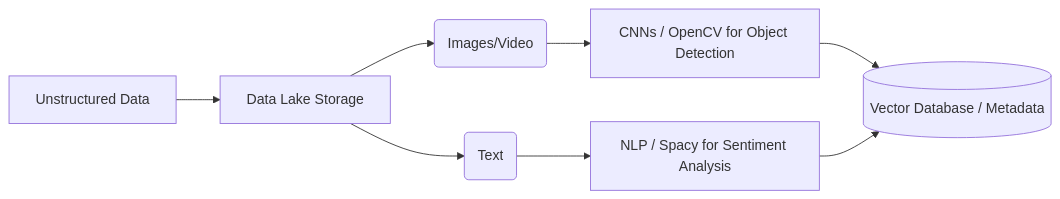
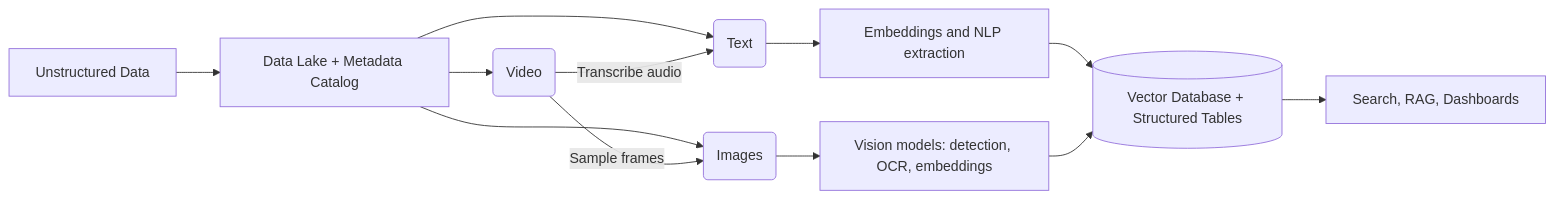
Before and after one commit to Web3Dev300/ai-journey: the ninth of 20 diagrams in 04_data_science/DATA_SCIENCE_ANSWERS.md, drawn with Mermaid. The commit also changed other lines of this file and 10 other files, not shown here.

````diff
--- a/04_data_science/DATA_SCIENCE_ANSWERS.md
+++ b/04_data_science/DATA_SCIENCE_ANSWERS.md
@@ -456,10 +674,14 @@
 ```mermaid
 flowchart LR
-    A[Unstructured Data] --> B[Data Lake Storage]
-    B --> C(Images/Video)
-    B --> D(Text)
-    C --> E[CNNs / OpenCV for Object Detection]
-    D --> F[NLP / Spacy for Sentiment Analysis]
-    E --> G[(Vector Database / Metadata)]
-    F --> G
+    A[Unstructured Data] --> B[Data Lake + Metadata Catalog]
+    B --> C(Text)
+    B --> D(Images)
+    B --> E(Video)
+    E -->|Sample frames| D
+    E -->|Transcribe audio| C
+    C --> F[Embeddings and NLP extraction]
+    D --> G["Vision models: detection, OCR, embeddings"]
+    F --> H[(Vector Database + Structured Tables)]
+    G --> H
+    H --> I[Search, RAG, Dashboards]
 ```
````
